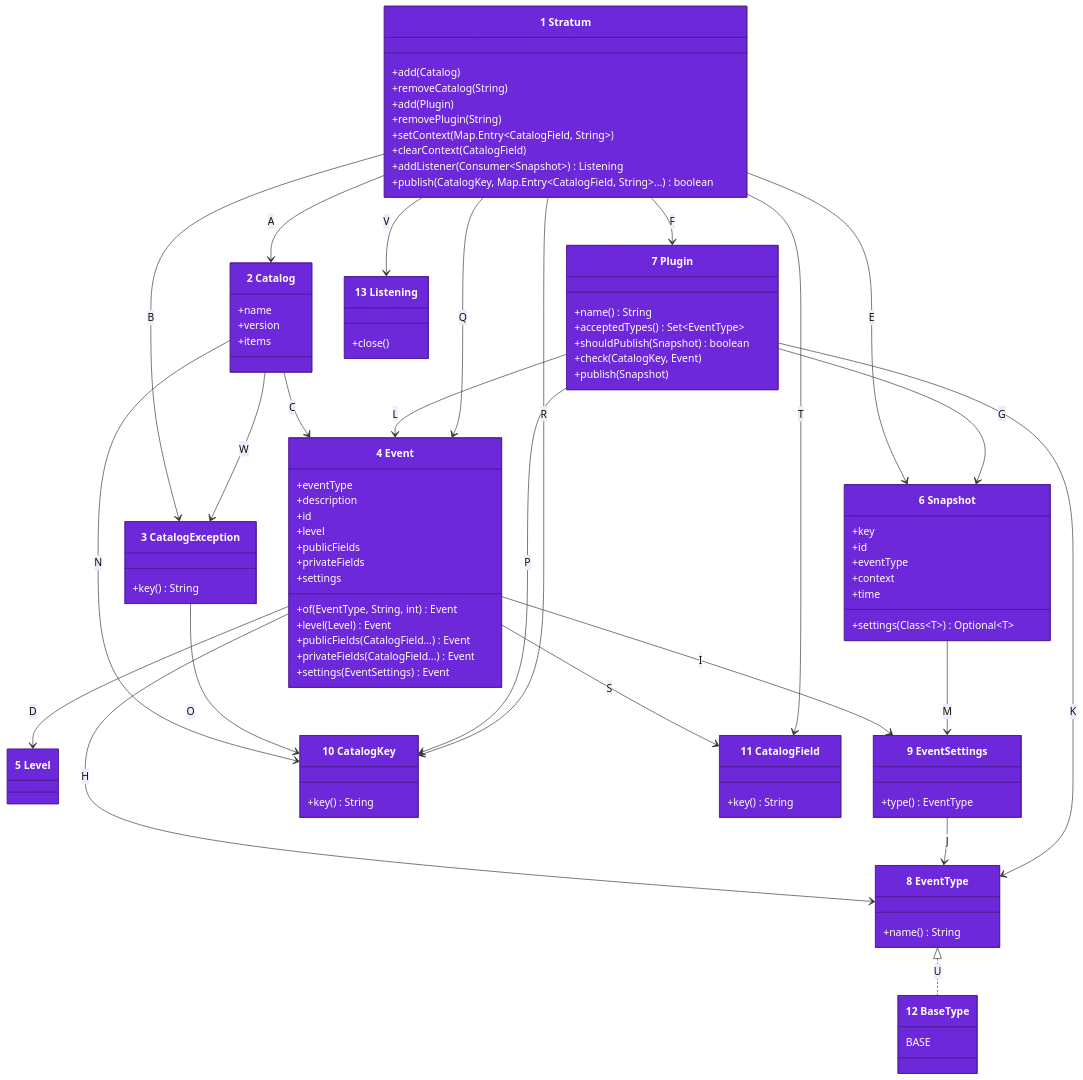
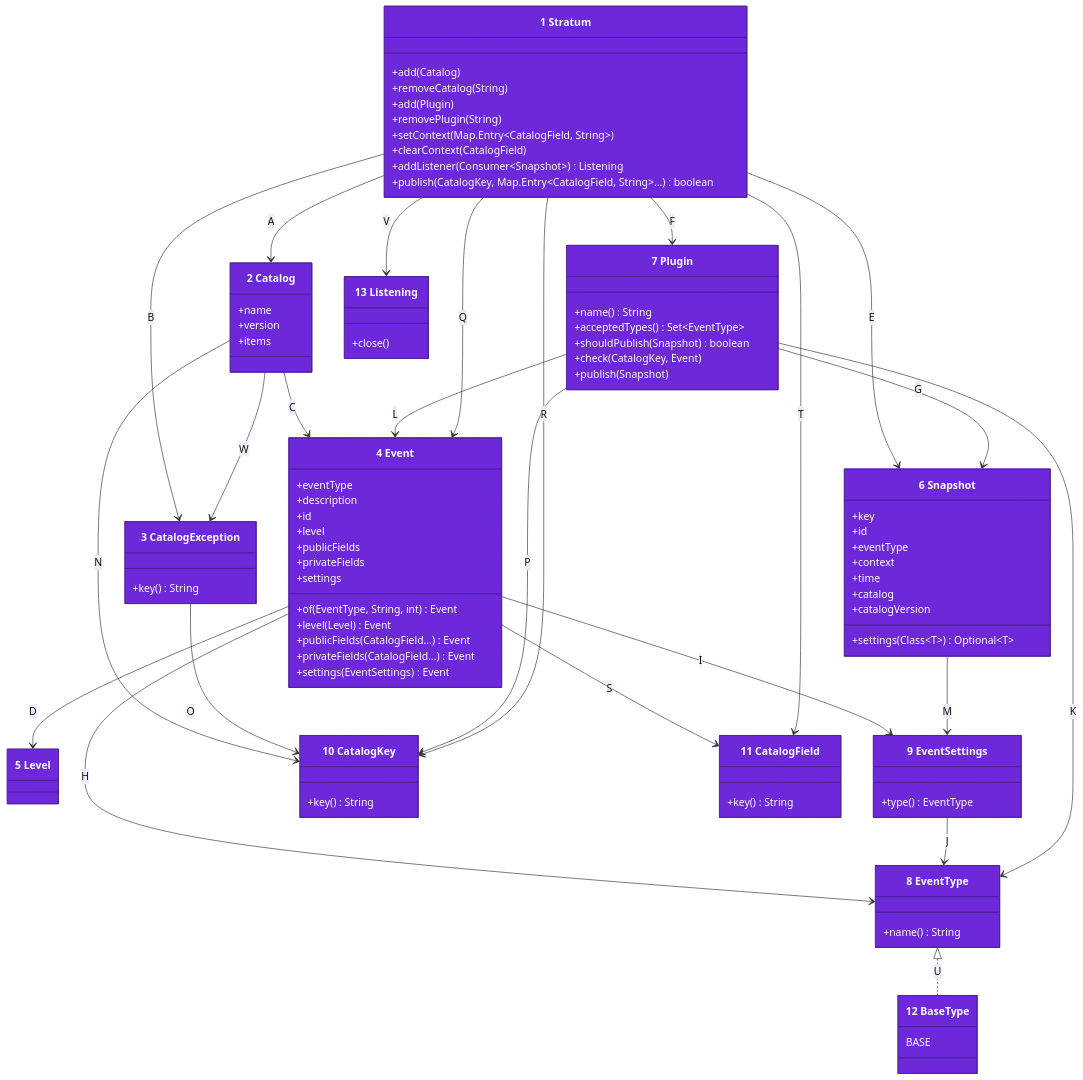
One commit to may-journal/Stratum-Observability-Java changed the first of 2 diagrams in docs/architecture/04-code.md. Above: the diagram before and after it, drawn with Mermaid. The commit also changed 9 other files, not shown here.

First line of the commit message:
feat(core): name the catalog and its version on each snapshot (#36)

```diff
--- a/docs/architecture/04-code.md
+++ b/docs/architecture/04-code.md
@@ -44,6 +44,8 @@
         +settings(Class~T~) Optional~T~
         +context
         +time
+        +catalog
+        +catalogVersion
     }
     class Plugin["7 Plugin"] {
         +name() String
```
